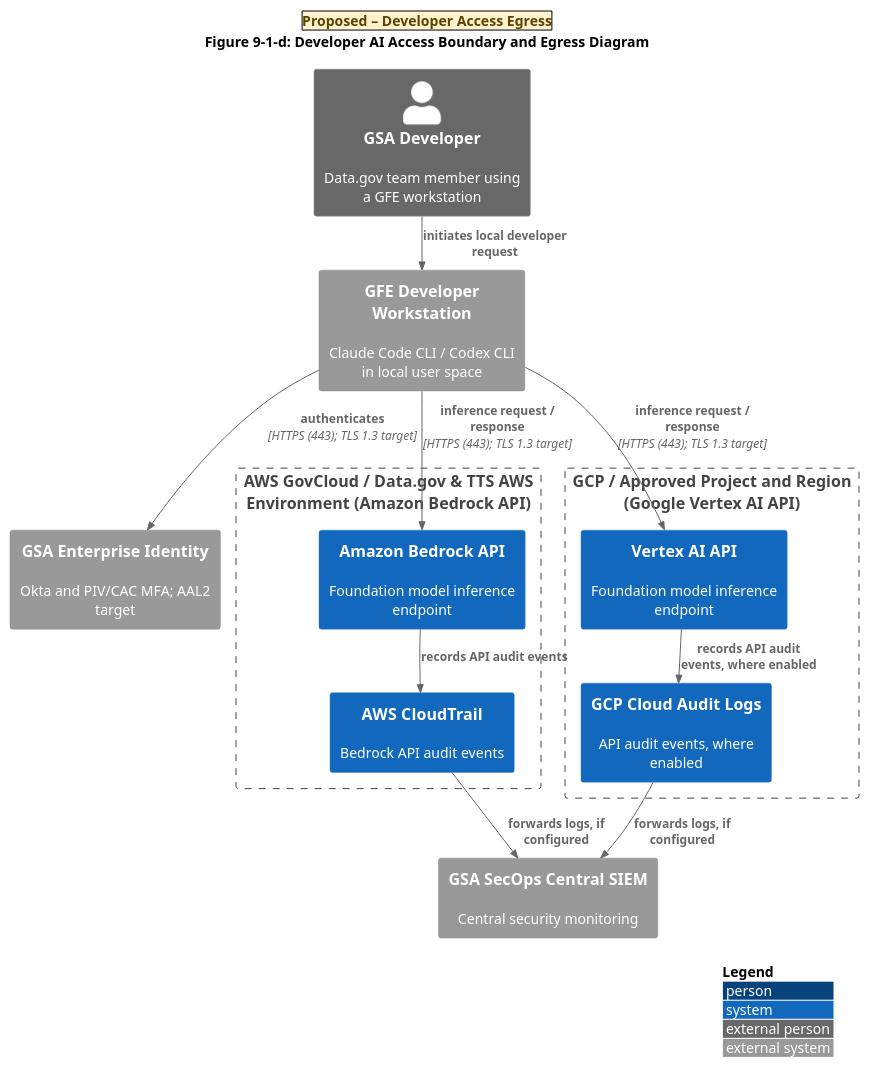
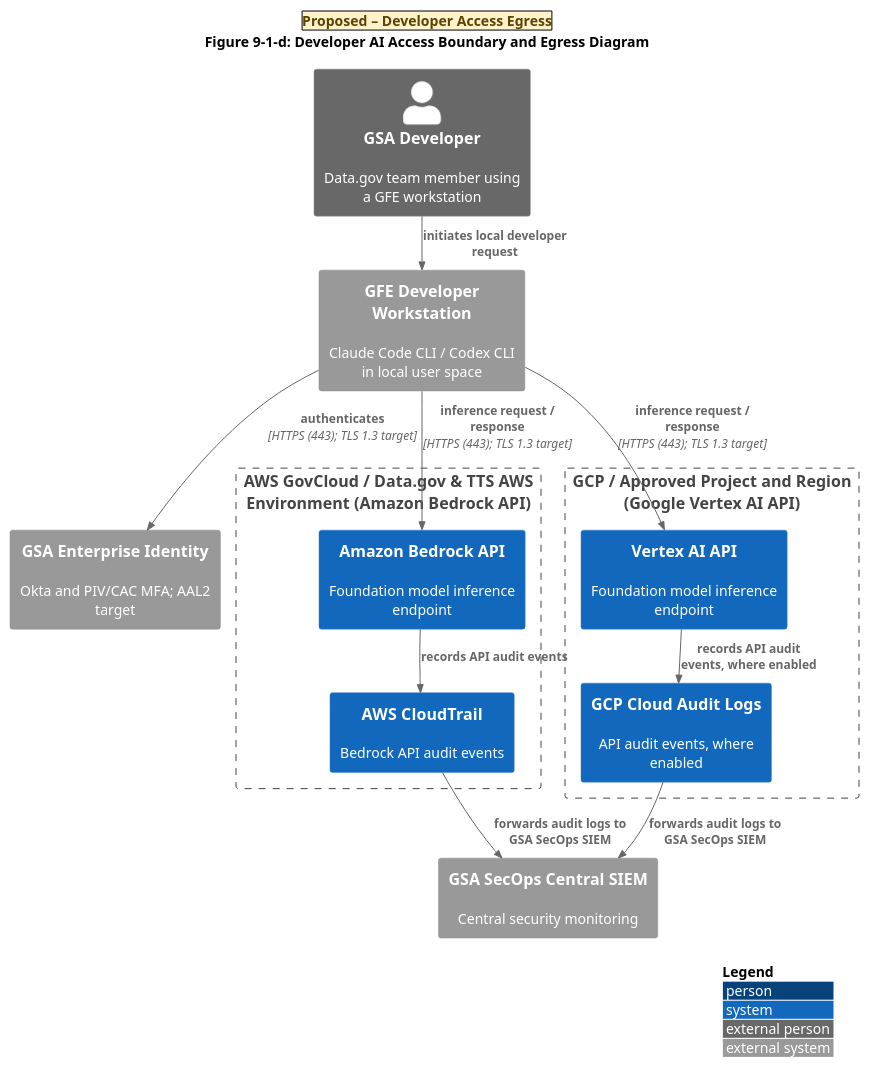
One commit to GSA/datagov-compliance changed the diagram in generic/developer-ai-boundary.md. Above: the diagram before and after it, drawn with PlantUML. The commit also changed 1 other file, not shown here.

Commit message:
section 9 remove if-configured

````diff
--- a/generic/developer-ai-boundary.md
+++ b/generic/developer-ai-boundary.md
@@ -16,36 +16,36 @@
 ```plantuml
 @startuml
 !include https://raw.githubusercontent.com/plantuml-stdlib/C4-PlantUML/master/C4_Context.puml
 LAYOUT_WITH_LEGEND()
 skinparam nodesep 20
 skinparam ranksep 20
 title
 |<#FFF2CC><color:#5B4300><b>Proposed &#8211; Developer Access Egress</b></color>|
 Figure 9-1-d: Developer AI Access Boundary and Egress Diagram
 end title
 
 Person_Ext(developer, "GSA Developer", "Data.gov team member using a GFE workstation")
 System_Ext(gfe, "GFE Developer Workstation", "Claude Code CLI / Codex CLI in local user space")
 System_Ext(idp, "GSA Enterprise Identity", "Okta and PIV/CAC MFA; AAL2 target")
 
 Boundary(aws, "AWS GovCloud / Data.gov & TTS AWS\nEnvironment (Amazon Bedrock API)") {
     System(bedrock, "Amazon Bedrock API", "Foundation model inference endpoint")
     System(cloudtrail, "AWS CloudTrail", "Bedrock API audit events")
 }
 Boundary(gcp, "GCP / Approved Project and Region\n(Google Vertex AI API)") {
     System(vertex, "Vertex AI API", "Foundation model inference endpoint")
     System(gcp_logs, "GCP Cloud Audit Logs", "API audit events, where enabled")
 }
 System_Ext(siem, "GSA SecOps Central SIEM", "Central security monitoring")
 
 Rel(developer, gfe, "initiates local developer request")
 Rel(gfe, idp, "authenticates", "HTTPS (443); TLS 1.3 target")
 Rel(gfe, bedrock, "inference request / response", "HTTPS (443); TLS 1.3 target")
 Rel(gfe, vertex, "inference request / response", "HTTPS (443); TLS 1.3 target")
 Rel(bedrock, cloudtrail, "records API audit events")
 Rel(vertex, gcp_logs, "records API audit events, where enabled")
-Rel(cloudtrail, siem, "forwards logs, if configured")
-Rel(gcp_logs, siem, "forwards logs, if configured")
+Rel(cloudtrail, siem, "forwards audit logs to GSA SecOps SIEM")
+Rel(gcp_logs, siem, "forwards audit logs to GSA SecOps SIEM")
 
 @enduml
 ```
````
